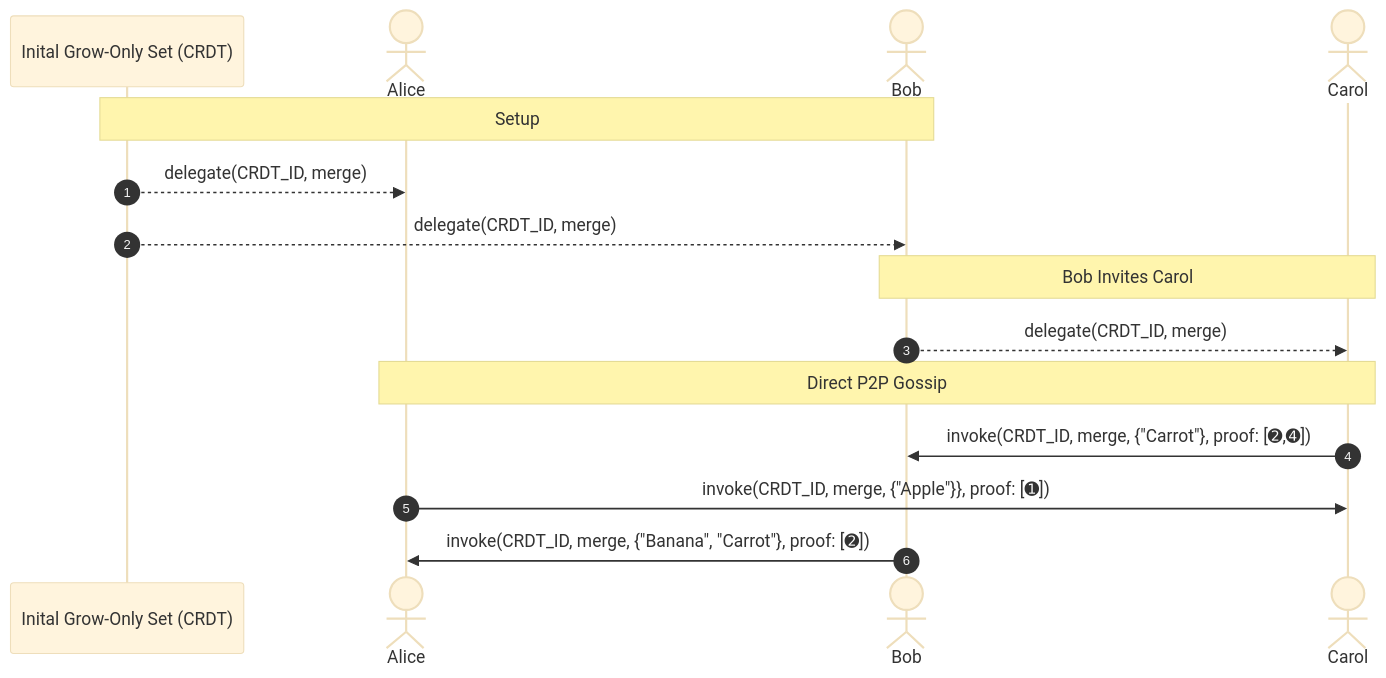
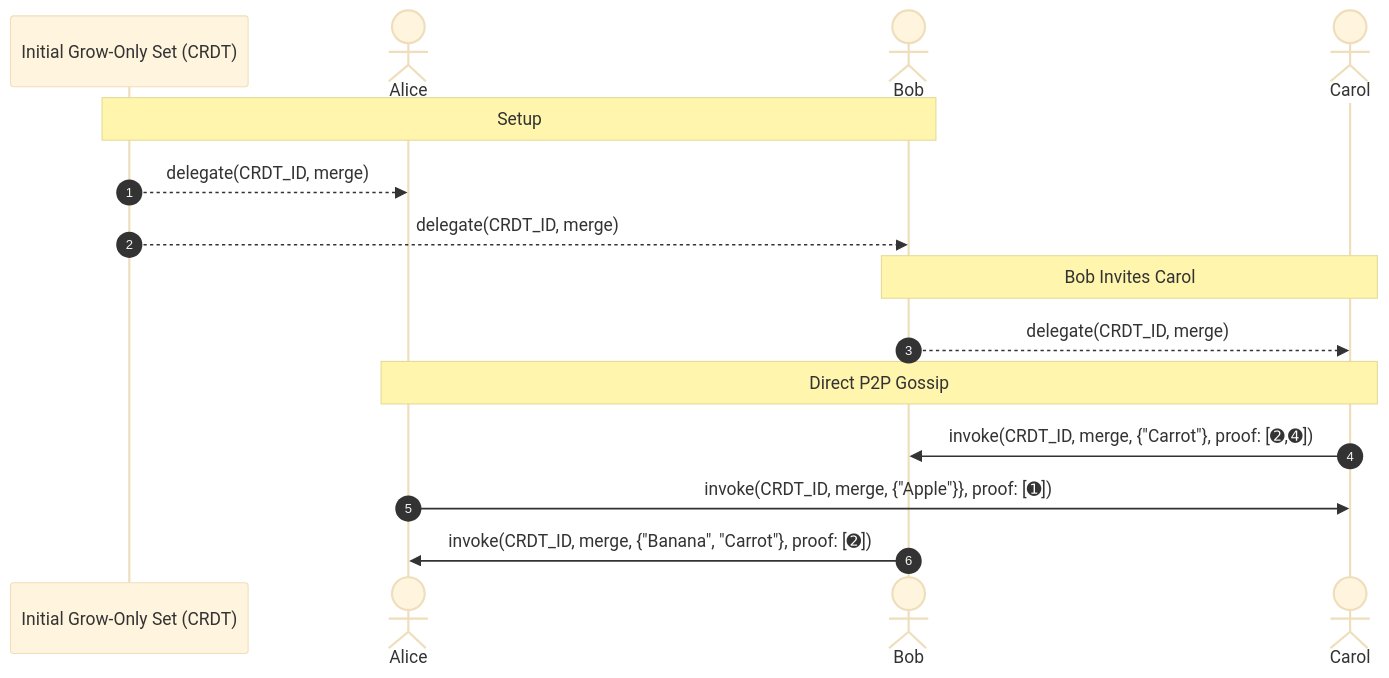
The fourth of 5 diagrams in README.md (michielbdejong/spec), drawn with Mermaid (base theme) before and after one commit. The commit also changed other lines of this file and 1 other file, not shown here.

````diff
--- a/README.md
+++ b/README.md
@@ -360,22 +360,22 @@
 ``` mermaid
 sequenceDiagram
-    participant CRDT as Inital Grow-Only Set (CRDT)
+    participant CRDT as Initial Grow-Only Set (CRDT)
 
     actor Alice
     actor Bob
     actor Carol
     
     autonumber
 
     Note over CRDT, Bob: Setup
     CRDT -->> Alice: delegate(CRDT_ID, merge)
     CRDT -->> Bob: delegate(CRDT_ID, merge)
     
     Note over Bob, Carol: Bob Invites Carol
     Bob -->> Carol: delegate(CRDT_ID, merge)
 
     Note over Alice, Carol: Direct P2P Gossip
     Carol ->> Bob: invoke(CRDT_ID, merge, {"Carrot"}, proof: [➋,➍])
     Alice ->> Carol: invoke(CRDT_ID, merge, {"Apple"}}, proof: [➊])
     Bob ->> Alice: invoke(CRDT_ID, merge, {"Banana", "Carrot"}, proof: [➋])
 ```
````
